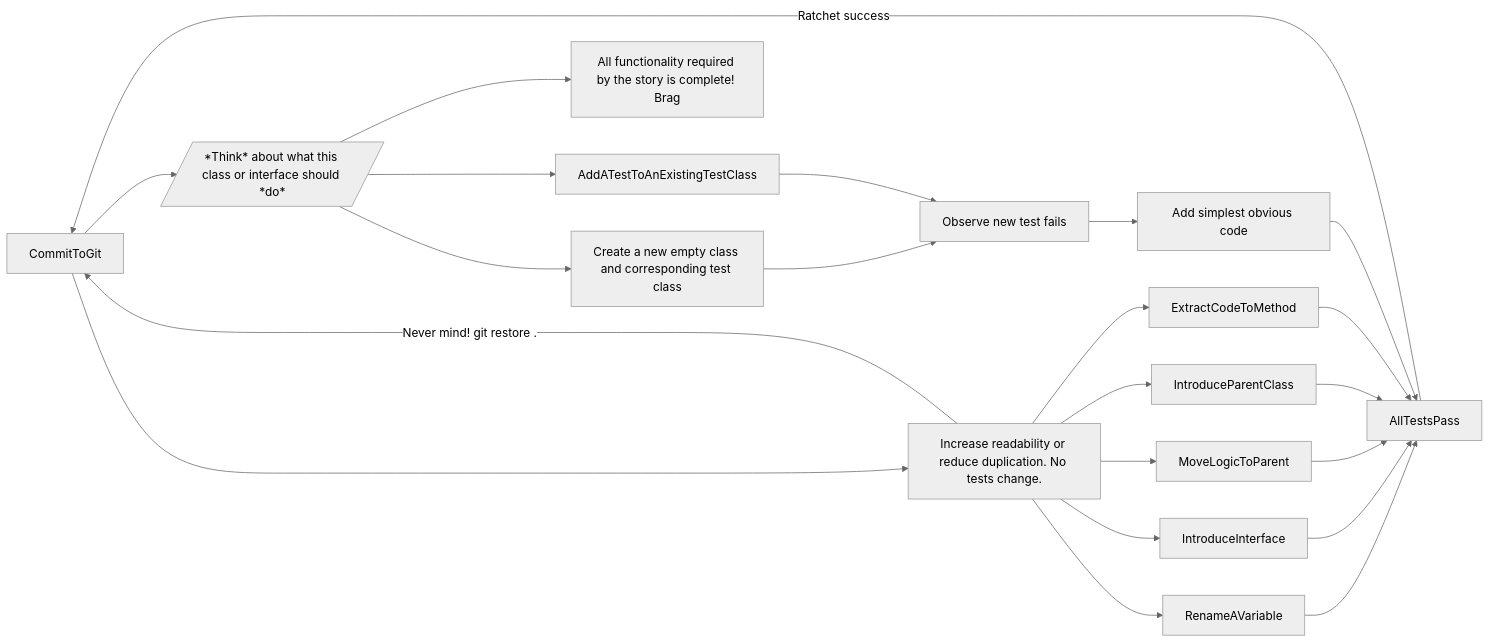
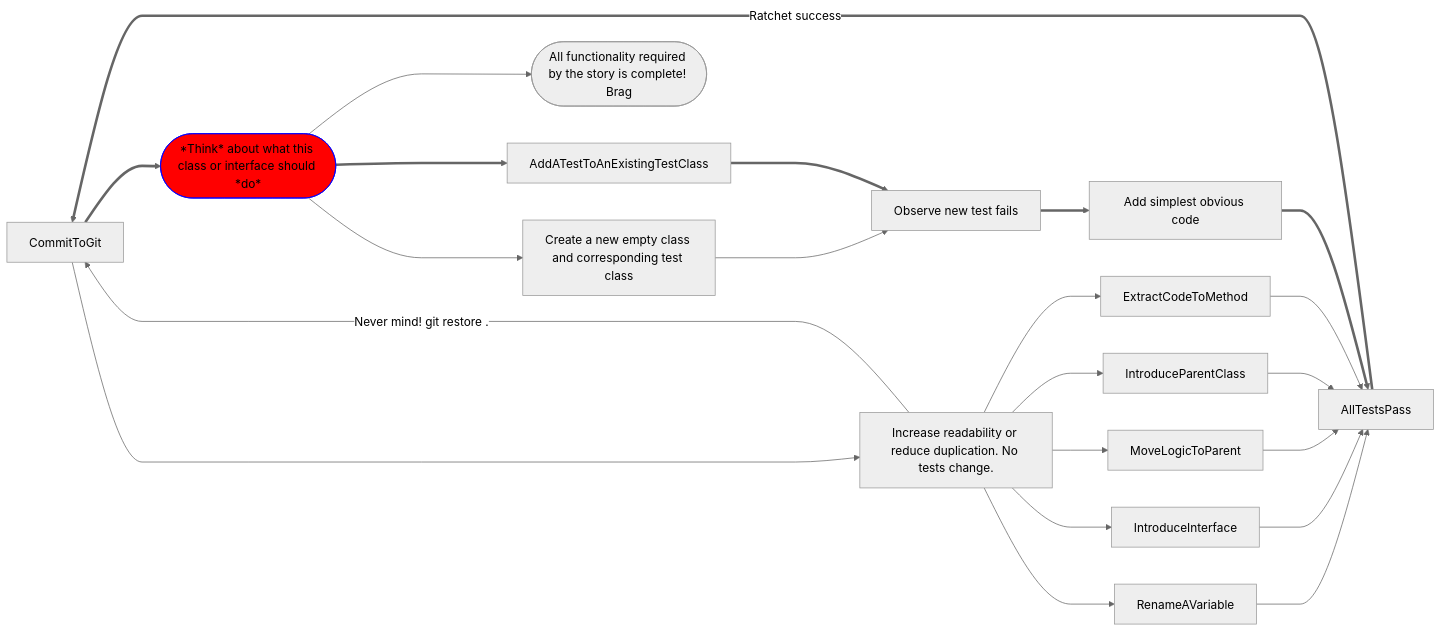
The third of 5 diagrams in README.md (Billy-Spearman-WCCI/RaceCarExtension), drawn with Mermaid (neutral theme) before and after one commit.

````diff
--- a/README.md
+++ b/README.md
@@ -891,24 +891,27 @@
 ```mermaid
+%%{ init: { 'flowchart': { 'curve': 'monotoneX' } } }%%
 graph LR;
-CommitToGit-->Think[/"*Think* about what this class or interface should *do*"/]
+CommitToGit==>Think(["*Think* about what this class or interface should *do*"])
+classDef thinkStyle fill:#f00,stroke:#00f
+class Think thinkStyle;
 Think-->CreateANewClass["Create a new empty class and corresponding test class"]
-Think-->DONE["All functionality required by the story is complete! Brag"]
+Think-->DONE(["All functionality required by the story is complete! Brag"])
 CreateANewClass-->AddATest["Observe new test fails"]
-Think-->AddATestToAnExistingTestClass
-AddATestToAnExistingTestClass-->AddATest
-AllTestsPass-->|"Ratchet success"|CommitToGit
+Think==>AddATestToAnExistingTestClass
+AddATestToAnExistingTestClass==>AddATest
+AllTestsPass==>|"Ratchet success"|CommitToGit
 CommitToGit-->MakeImprovements["Increase readability or reduce duplication. No tests change."]
 MakeImprovements-->RenameAVariable
 RenameAVariable-->AllTestsPass
 MakeImprovements-->IntroduceInterface
 IntroduceInterface-->AllTestsPass
 MakeImprovements-->MoveLogicToParent
 MoveLogicToParent-->AllTestsPass
 MakeImprovements-->IntroduceParentClass
 IntroduceParentClass-->AllTestsPass
 MakeImprovements-->ExtractCodeToMethod
 ExtractCodeToMethod-->AllTestsPass
-AddATest-->WriteCode["Add simplest obvious code"]
-WriteCode-->AllTestsPass
+AddATest==>WriteCode["Add simplest obvious code"]
+WriteCode==>AllTestsPass
 MakeImprovements-->|"Never mind! git restore ."|CommitToGit
 ```
````
